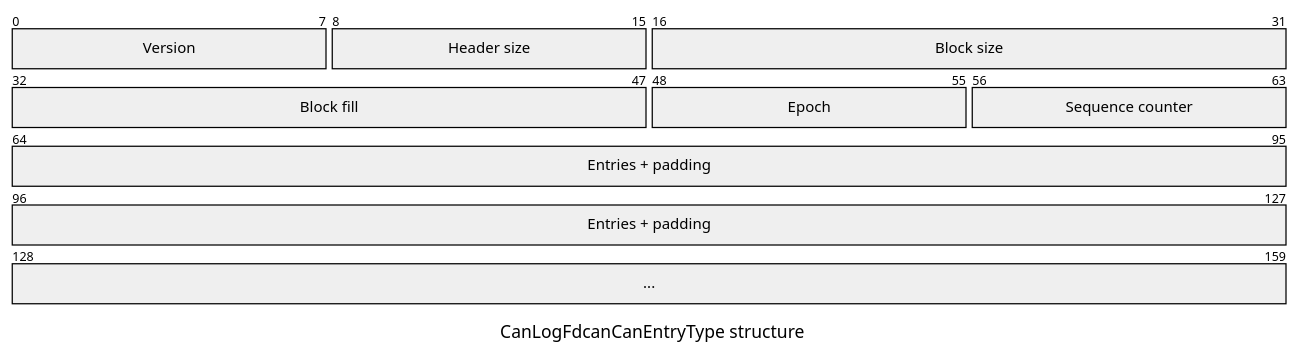
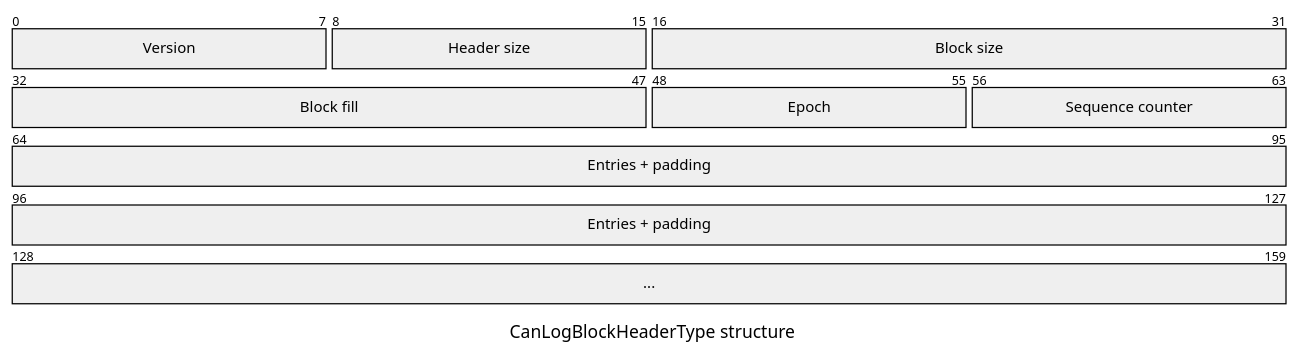
One commit to Clomann/stm32h7-CAN-sniffer changed the diagram in doc/images/log_block_header_packet.md. Above: the diagram before and after it, drawn with Mermaid. The commit also changed 3 other files, not shown here.

Commit message:
doc(architecture): fixed diagram titles for CAN log packets + regenerated mermaid diagrams

````diff
--- a/doc/images/log_block_header_packet.md
+++ b/doc/images/log_block_header_packet.md
@@ -1,14 +1,14 @@
 ```mermaid
 ---
-title: CanLogFdcanCanEntryType structure
+title: CanLogBlockHeaderType structure
 ---
 packet-beta
     0-7: "Version"
     8-15: "Header size"
     16-31: "Block size"
     32-47: "Block fill"
     48-55: "Epoch"
     56-63: "Sequence counter"
     64-127: "Entries + padding"
     128-159: "..."
 ```
````
